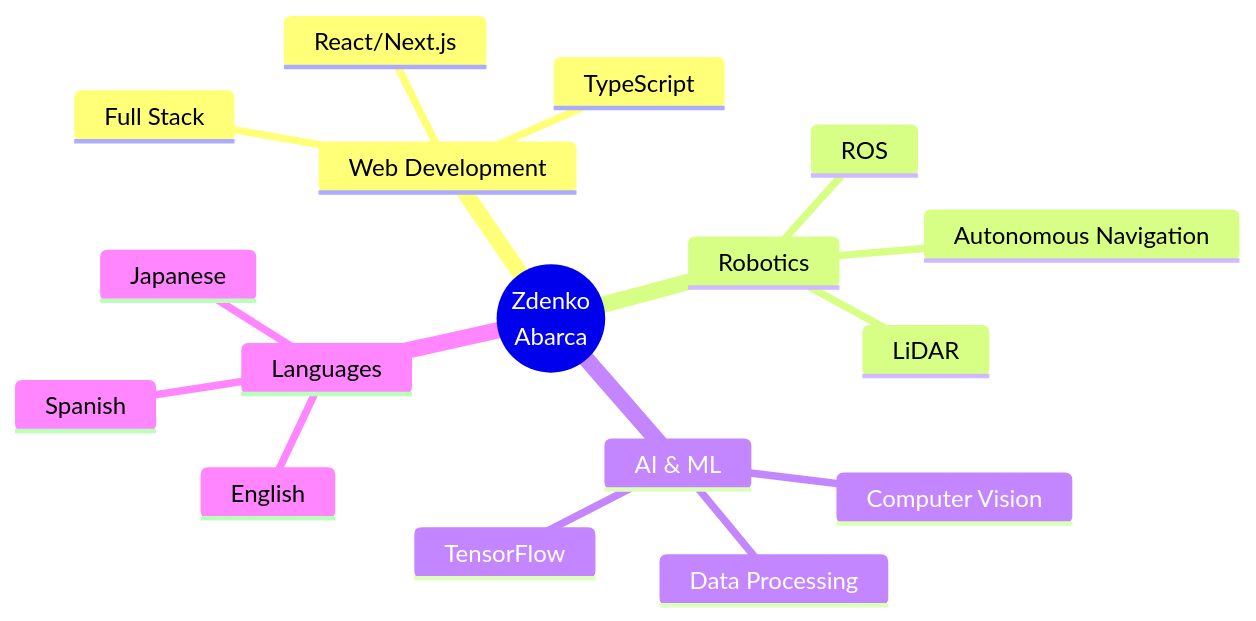
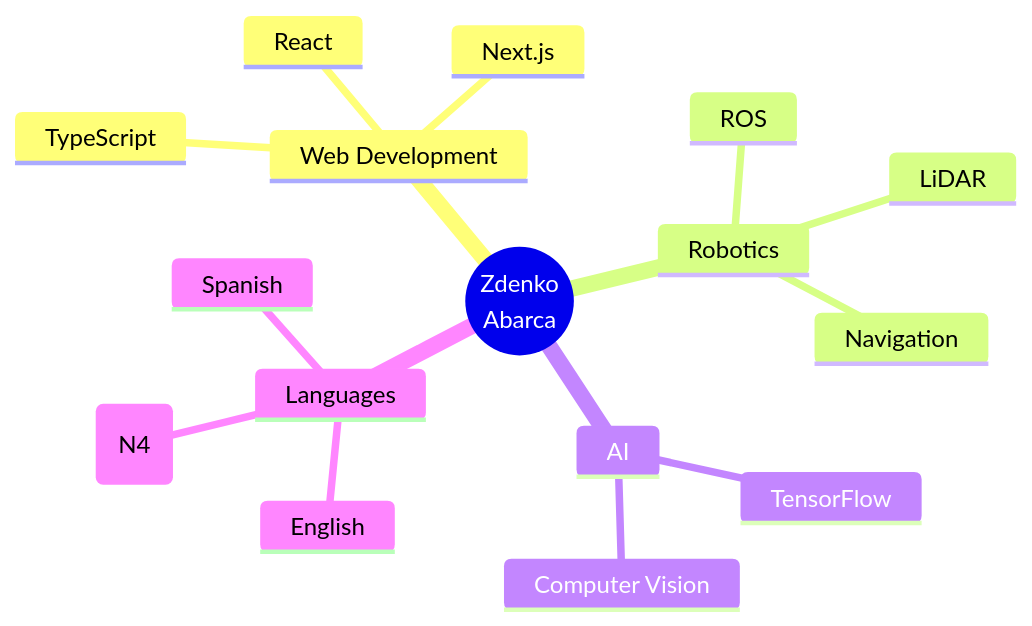
The diagram in README.md (zdenc0de/zdenc0de), drawn with Mermaid before and after one commit. The commit also changed other lines of this file, not shown here.

````diff
--- a/README.md
+++ b/README.md
@@ -191,20 +111,19 @@
 ```mermaid
 mindmap
   root((Zdenko<br/>Abarca))
     Web Development
-      React/Next.js
+      React
+      Next.js
       TypeScript
-      Full Stack
     Robotics
       ROS
       LiDAR
-      Autonomous Navigation
-    AI & ML
+      Navigation
+    AI
       TensorFlow
       Computer Vision
-      Data Processing
     Languages
       Spanish
       English
-      Japanese
+      Japanese (N4)
 ```
````
